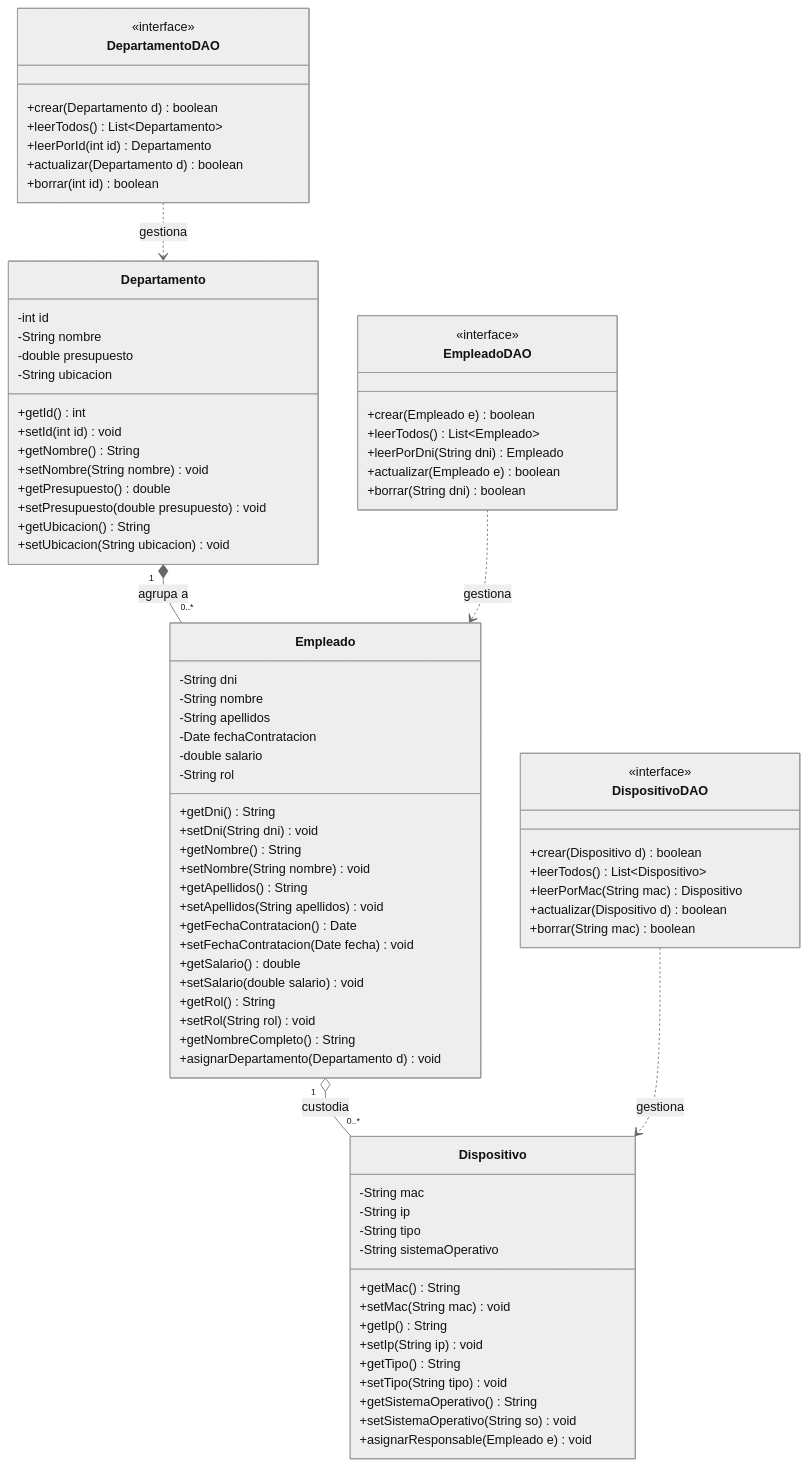
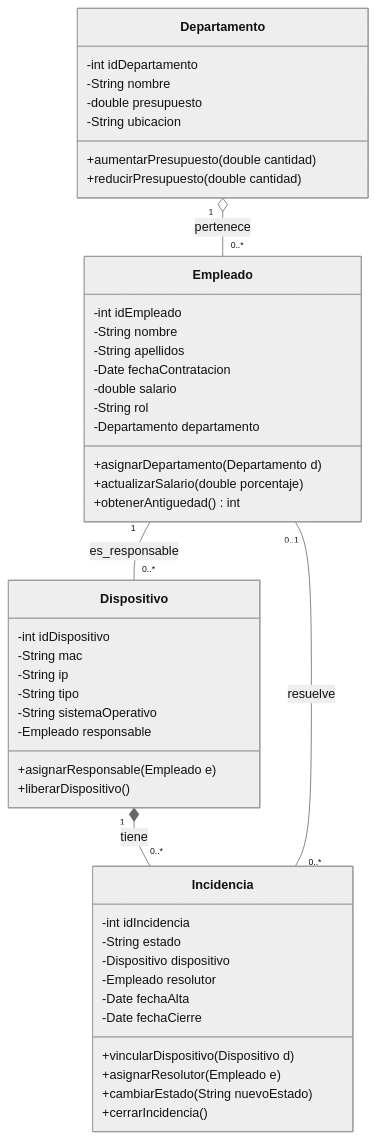
Before and after one commit to JMAbadLopez/programacion: the diagram in docs/recursos/propuesta_proyecto.md, drawn with Mermaid (neutral theme). The commit also changed 46 other files, not shown here.

Commit message:
Propuesta proyecto intermodular. Diagrama de clases

````diff
--- a/docs/recursos/propuesta_proyecto.md
+++ b/docs/recursos/propuesta_proyecto.md
@@ -1,94 +5,53 @@
 ```mermaid
- classDiagram
-    %% Definición de Entidades (POJOs)
+classDiagram
     class Departamento {
-        -int id
+        -int idDepartamento
         -String nombre
         -double presupuesto
         -String ubicacion
-        +getId() int
-        +setId(int id) void
-        +getNombre() String
-        +setNombre(String nombre) void
-        +getPresupuesto() double
-        +setPresupuesto(double presupuesto) void
-        +getUbicacion() String
-        +setUbicacion(String ubicacion) void
+        +aumentarPresupuesto(double cantidad)
+        +reducirPresupuesto(double cantidad)
     }
 
     class Empleado {
-        -String dni
+        -int idEmpleado
         -String nombre
         -String apellidos
         -Date fechaContratacion
         -double salario
         -String rol
-        +getDni() String
-        +setDni(String dni) void
-        +getNombre() String
-        +setNombre(String nombre) void
-        +getApellidos() String
-        +setApellidos(String apellidos) void
-        +getFechaContratacion() Date
-        +setFechaContratacion(Date fecha) void
-        +getSalario() double
-        +setSalario(double salario) void
-        +getRol() String
-        +setRol(String rol) void
-        +getNombreCompleto() String
-        +asignarDepartamento(Departamento d) void
+        -Departamento departamento
+        +asignarDepartamento(Departamento d)
+        +actualizarSalario(double porcentaje)
+        +obtenerAntiguedad() int
     }
 
     class Dispositivo {
+        -int idDispositivo
         -String mac
         -String ip
         -String tipo
         -String sistemaOperativo
-        +getMac() String
-        +setMac(String mac) void
-        +getIp() String
-        +setIp(String ip) void
-        +getTipo() String
-        +setTipo(String tipo) void
-        +getSistemaOperativo() String
-        +setSistemaOperativo(String so) void
-        +asignarResponsable(Empleado e) void
+        -Empleado responsable
+        +asignarResponsable(Empleado e)
+        +liberarDispositivo()
     }
 
-    %% Definición de la capa DAO (Acceso a Datos)
-    class DepartamentoDAO {
-        <<interface>>
-        +crear(Departamento d) boolean
-        +leerTodos() List~Departamento~
-        +leerPorId(int id) Departamento
-        +actualizar(Departamento d) boolean
-        +borrar(int id) boolean
+    class Incidencia {
+        -int idIncidencia
+        -String estado
+        -Dispositivo dispositivo
+        -Empleado resolutor
+        -Date fechaAlta
+        -Date fechaCierre
+        +vincularDispositivo(Dispositivo d)
+        +asignarResolutor(Empleado e)
+        +cambiarEstado(String nuevoEstado)
+        +cerrarIncidencia()
     }
 
-    class EmpleadoDAO {
-        <<interface>>
-        +crear(Empleado e) boolean
-        +leerTodos() List~Empleado~
-        +leerPorDni(String dni) Empleado
-        +actualizar(Empleado e) boolean
-        +borrar(String dni) boolean
-    }
-
-    class DispositivoDAO {
-        <<interface>>
-        +crear(Dispositivo d) boolean
-        +leerTodos() List~Dispositivo~
-        +leerPorMac(String mac) Dispositivo
-        +actualizar(Dispositivo d) boolean
-        +borrar(String mac) boolean
-    }
-
-    %% Relaciones entre entidades
-    Departamento "1" *-- "0..*" Empleado : agrupa a
-    Empleado "1" o-- "0..*" Dispositivo : custodia
-    
-    %% Dependencias de uso (DAO -> POJO)
-    DepartamentoDAO ..> Departamento : gestiona
-    EmpleadoDAO ..> Empleado : gestiona
-    DispositivoDAO ..> Dispositivo : gestiona
+    Departamento "1" o-- "0..*" Empleado : pertenece
+    Empleado "1" -- "0..*" Dispositivo : es_responsable
+    Dispositivo "1" *-- "0..*" Incidencia : tiene
+    Empleado "0..1" -- "0..*" Incidencia : resuelve
 ```
````
